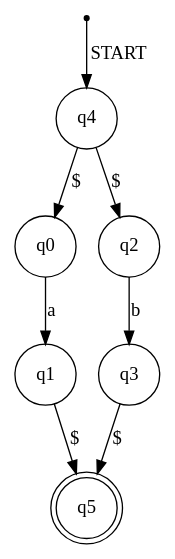
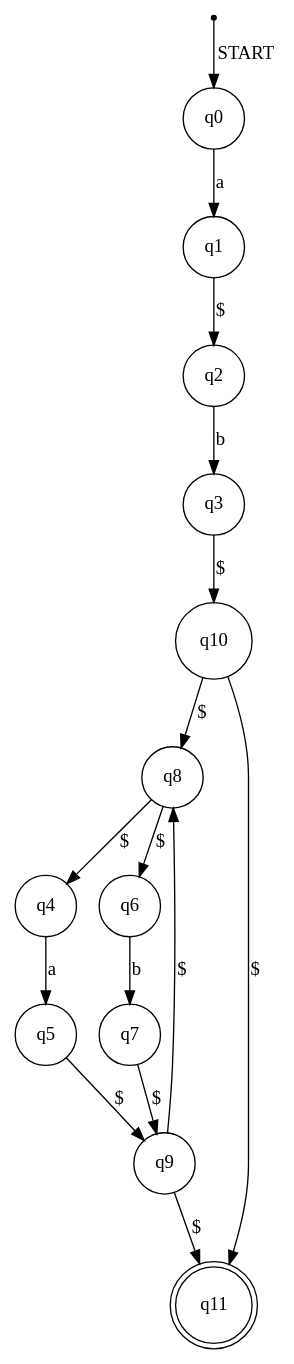
The diagram in nfa.dot (ankit-kisi/RegEx2DFA), drawn with Graphviz before and after one commit. The commit also changed 12 other files, not shown here.

```diff
--- a/nfa.dot
+++ b/nfa.dot
@@ -1,12 +1,20 @@
 digraph nfa{
 node[shape = point] START
-node[shape = circle] q0 q1 q2 q3 q4 
-node[shape = doublecircle] q5
-START -> q4[label = START]
-q4 -> q0[label = "$"]
-q4 -> q2[label = "$"]
+node[shape = circle] q0 q1 q2 q3 q4 q5 q6 q7 q8 q9 q10 
+node[shape = doublecircle] q11
+START -> q0[label = START]
+q0 -> q1[label = "a"]
+q1 -> q2[label = "$"]
 q2 -> q3[label = "b"]
-q3 -> q5[label = "$"]
-q0 -> q1[label = "a"]
-q1 -> q5[label = "$"]
+q3 -> q10[label = "$"]
+q10 -> q8[label = "$"]
+q10 -> q11[label = "$"]
+q8 -> q4[label = "$"]
+q8 -> q6[label = "$"]
+q6 -> q7[label = "b"]
+q7 -> q9[label = "$"]
+q9 -> q8[label = "$"]
+q9 -> q11[label = "$"]
+q4 -> q5[label = "a"]
+q5 -> q9[label = "$"]
 }
```
